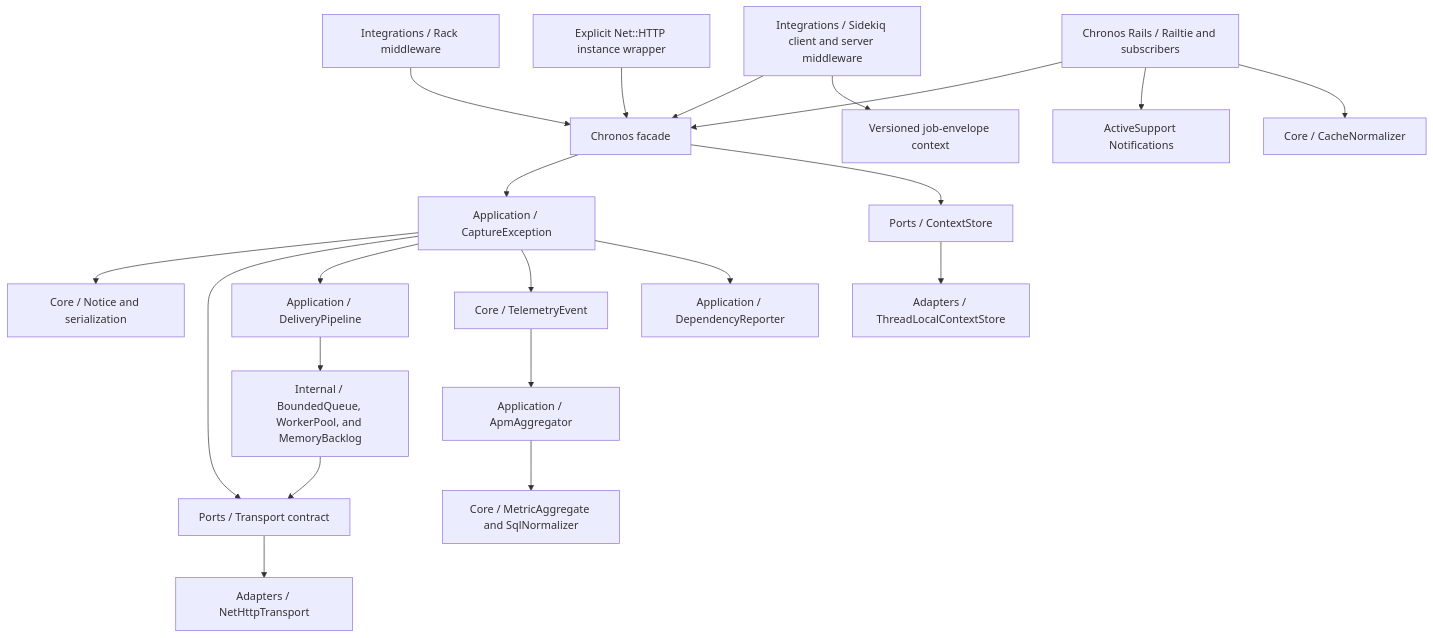
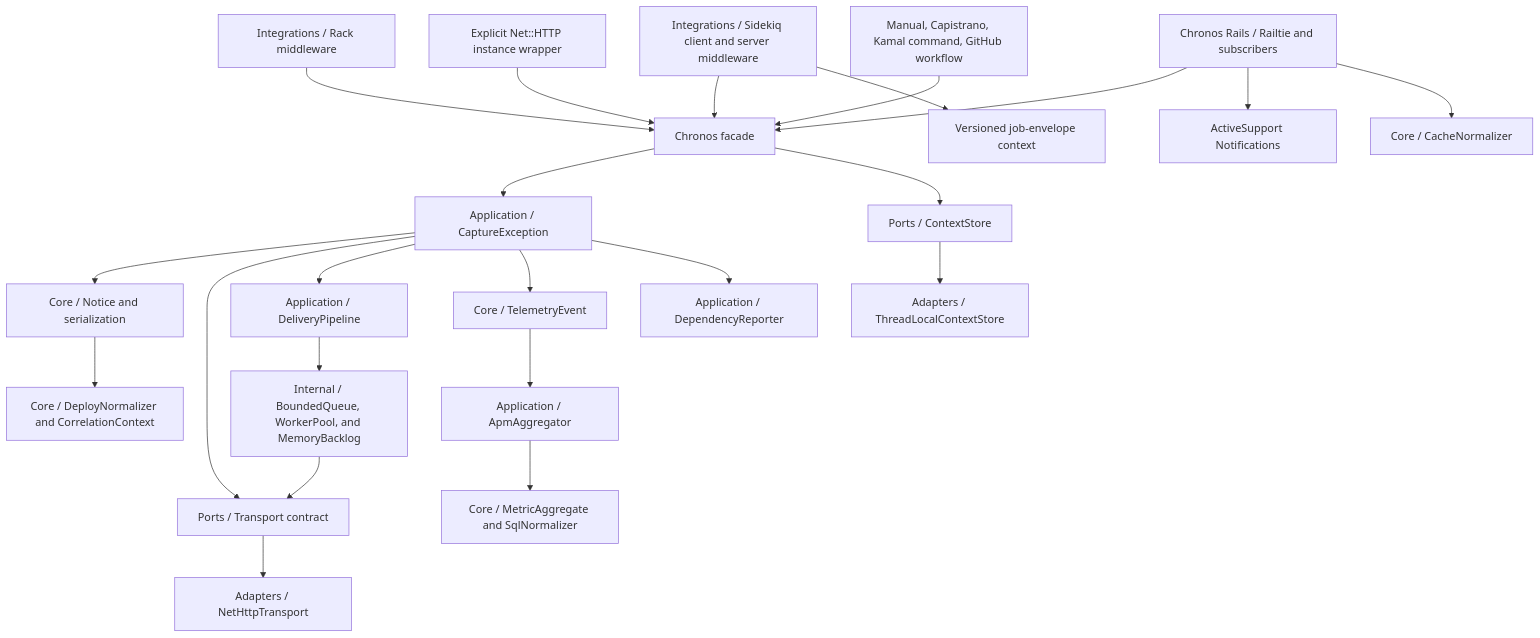
Before and after one commit to antoniojefferson/chronos-ruby: the diagram in docs/architecture.md, drawn with Mermaid. The commit also changed other lines of this file and 51 other files, not shown here.

Commit message:
feat(deploy): implement version 0.9 tracking and release correlation (#12)

````diff
--- a/docs/architecture.md
+++ b/docs/architecture.md
@@ -5,23 +5,25 @@
 ```mermaid
 flowchart TB
   Facade[Chronos facade] --> Application[Application / CaptureException]
   Application --> Core[Core / Notice and serialization]
   Application --> Ports[Ports / Transport contract]
   Ports --> Adapter[Adapters / NetHttpTransport]
   Application --> Delivery[Application / DeliveryPipeline]
   Delivery --> Internal[Internal / BoundedQueue, WorkerPool, and MemoryBacklog]
   Internal --> Ports
   Rack[Integrations / Rack middleware] --> Facade
   Facade --> Context[Ports / ContextStore]
   Context --> ThreadLocal[Adapters / ThreadLocalContextStore]
   Rails[Chronos Rails / Railtie and subscribers] --> Facade
   Rails --> Notifications[ActiveSupport Notifications]
   Sidekiq[Integrations / Sidekiq client and server middleware] --> Facade
   Sidekiq --> Envelope[Versioned job-envelope context]
   Application --> Telemetry[Core / TelemetryEvent]
   Telemetry --> APM[Application / ApmAggregator]
   APM --> Metrics[Core / MetricAggregate and SqlNormalizer]
   NetHTTP[Explicit Net::HTTP instance wrapper] --> Facade
   Rails --> Cache[Core / CacheNormalizer]
   Application --> Dependencies[Application / DependencyReporter]
+  Deploy[Manual, Capistrano, Kamal command, GitHub workflow] --> Facade
+  Core --> Correlation[Core / DeployNormalizer and CorrelationContext]
 ```
````
